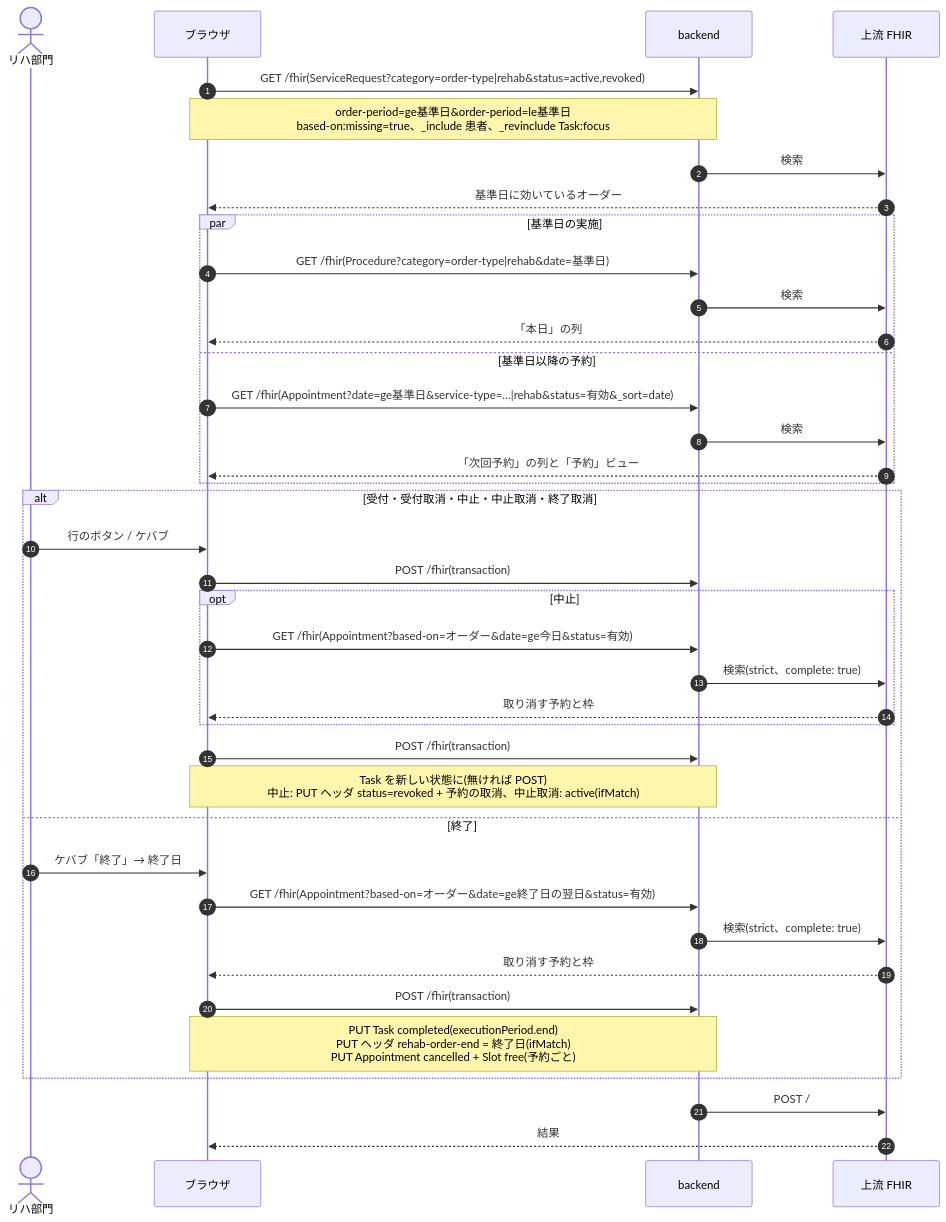
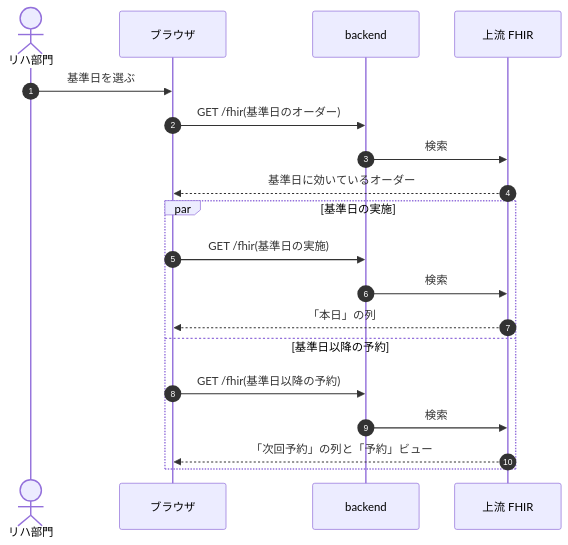
One commit to ysnr-dev/fhir-client-docs changed the fourth of 10 diagrams in docs/dev/rehab.md. Above: the diagram before and after it, drawn with Mermaid. The commit also changed other lines of this file and 43 other files, not shown here.

Commit message:
docs: 業務フローとシーケンス図を写し直し

````diff
--- a/docs/dev/rehab.md
+++ b/docs/dev/rehab.md
@@ -103,42 +189,22 @@
 ```mermaid
 sequenceDiagram
   autonumber
   actor Dept as リハ部門
   participant UI as ブラウザ
   participant BE as backend
   participant FHIR as 上流 FHIR
 
-  UI->>BE: GET /fhir(ServiceRequest?category=order-type|rehab&status=active,revoked)
-  Note over UI,BE: order-period=ge基準日&order-period=le基準日<br/>based-on:missing=true、_include 患者、_revinclude Task:focus
+  Dept->>UI: 基準日を選ぶ
+  UI->>BE: GET /fhir(基準日のオーダー)
   BE->>FHIR: 検索
   FHIR-->>UI: 基準日に効いているオーダー
   par 基準日の実施
-    UI->>BE: GET /fhir(Procedure?category=order-type|rehab&date=基準日)
+    UI->>BE: GET /fhir(基準日の実施)
     BE->>FHIR: 検索
     FHIR-->>UI: 「本日」の列
   and 基準日以降の予約
-    UI->>BE: GET /fhir(Appointment?date=ge基準日&service-type=…|rehab&status=有効&_sort=date)
+    UI->>BE: GET /fhir(基準日以降の予約)
     BE->>FHIR: 検索
     FHIR-->>UI: 「次回予約」の列と「予約」ビュー
   end
-  alt 受付・受付取消・中止・中止取消・終了取消
-    Dept->>UI: 行のボタン / ケバブ
-    UI->>BE: POST /fhir(transaction)
-    opt 中止
-      UI->>BE: GET /fhir(Appointment?based-on=オーダー&date=ge今日&status=有効)
-      BE->>FHIR: 検索(strict、complete: true)
-      FHIR-->>UI: 取り消す予約と枠
-    end
-    UI->>BE: POST /fhir(transaction)
-    Note over UI,BE: Task を新しい状態に(無ければ POST)<br/>中止: PUT ヘッダ status=revoked + 予約の取消、中止取消: active(ifMatch)
-  else 終了
-    Dept->>UI: ケバブ「終了」→ 終了日
-    UI->>BE: GET /fhir(Appointment?based-on=オーダー&date=ge終了日の翌日&status=有効)
-    BE->>FHIR: 検索(strict、complete: true)
-    FHIR-->>UI: 取り消す予約と枠
-    UI->>BE: POST /fhir(transaction)
-    Note over UI,BE: PUT Task completed(executionPeriod.end)<br/>PUT ヘッダ rehab-order-end = 終了日(ifMatch)<br/>PUT Appointment cancelled + Slot free(予約ごと)
-  end
-  BE->>FHIR: POST /
-  FHIR-->>UI: 結果
 ```
````
